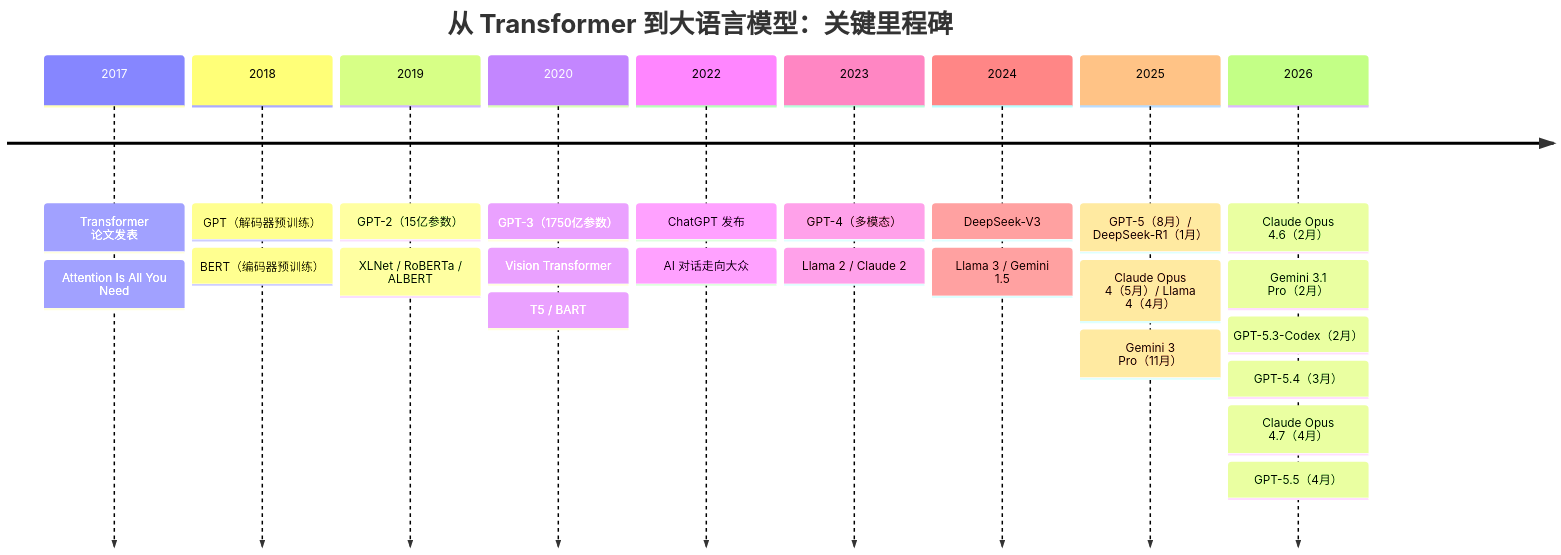
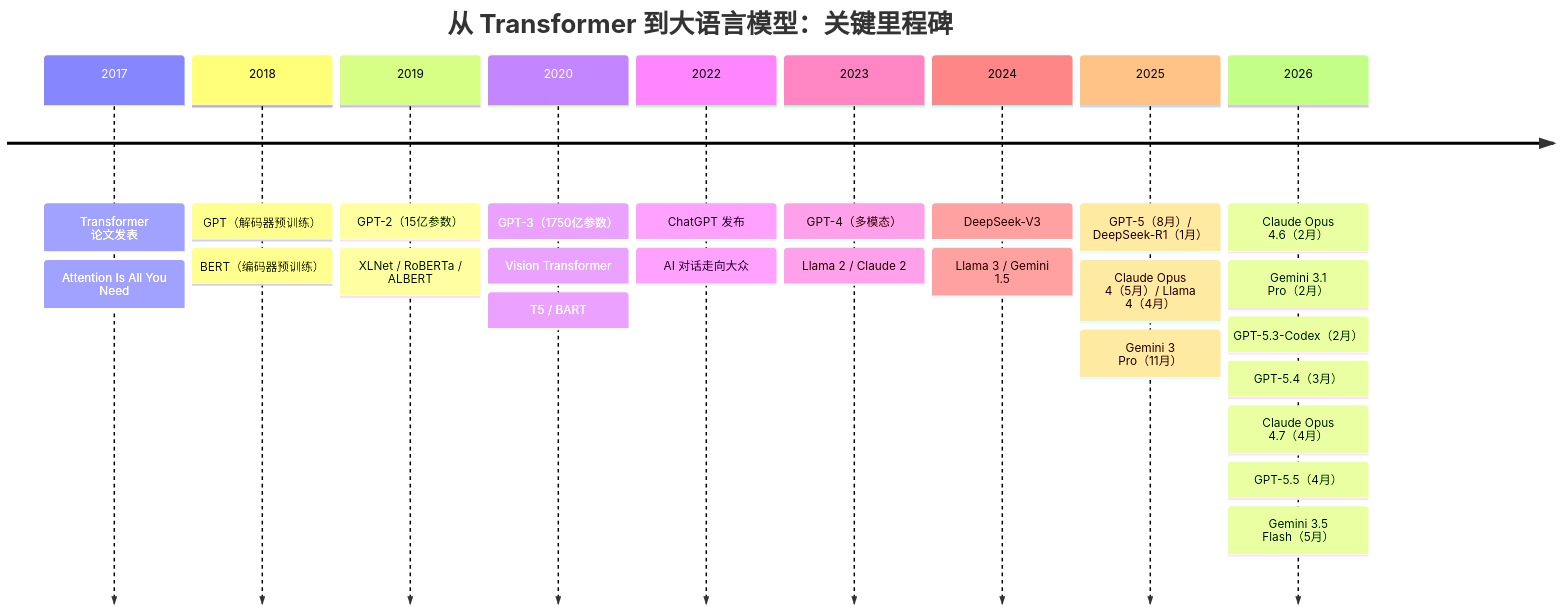
The diagram in 01_introduction/1.5_milestones.md (yeasy/llm_internals), drawn with Mermaid before and after one commit. The commit also changed other lines of this file and 45 other files, not shown here.

````diff
--- a/01_introduction/1.5_milestones.md
+++ b/01_introduction/1.5_milestones.md
@@ -5,28 +5,29 @@
 ```mermaid
 timeline
     title 从 Transformer 到大语言模型：关键里程碑
     2017 : Transformer 论文发表
          : Attention Is All You Need
     2018 : GPT（解码器预训练）
          : BERT（编码器预训练）
     2019 : GPT-2（15亿参数）
          : XLNet / RoBERTa / ALBERT
     2020 : GPT-3（1750亿参数）
          : Vision Transformer
          : T5 / BART
     2022 : ChatGPT 发布
          : AI 对话走向大众
     2023 : GPT-4（多模态）
          : Llama 2 / Claude 2
     2024 : DeepSeek-V3
          : Llama 3 / Gemini 1.5
     2025 : GPT-5（8月）/ DeepSeek-R1（1月）
          : Claude Opus 4（5月）/ Llama 4（4月）
          : Gemini 3 Pro（11月）
-    2026 : Claude Opus 4.6（2月）
-         : Gemini 3.1 Pro（2月）
-         : GPT-5.3-Codex（2月）
-         : GPT-5.4（3月）
-         : Claude Opus 4.7（4月）
-         : GPT-5.5（4月）
+	    2026 : Claude Opus 4.6（2月）
+	         : Gemini 3.1 Pro（2月）
+	         : GPT-5.3-Codex（2月）
+	         : GPT-5.4（3月）
+	         : Claude Opus 4.7（4月）
+	         : GPT-5.5（4月）
+	         : Gemini 3.5 Flash（5月）
 ```
````
